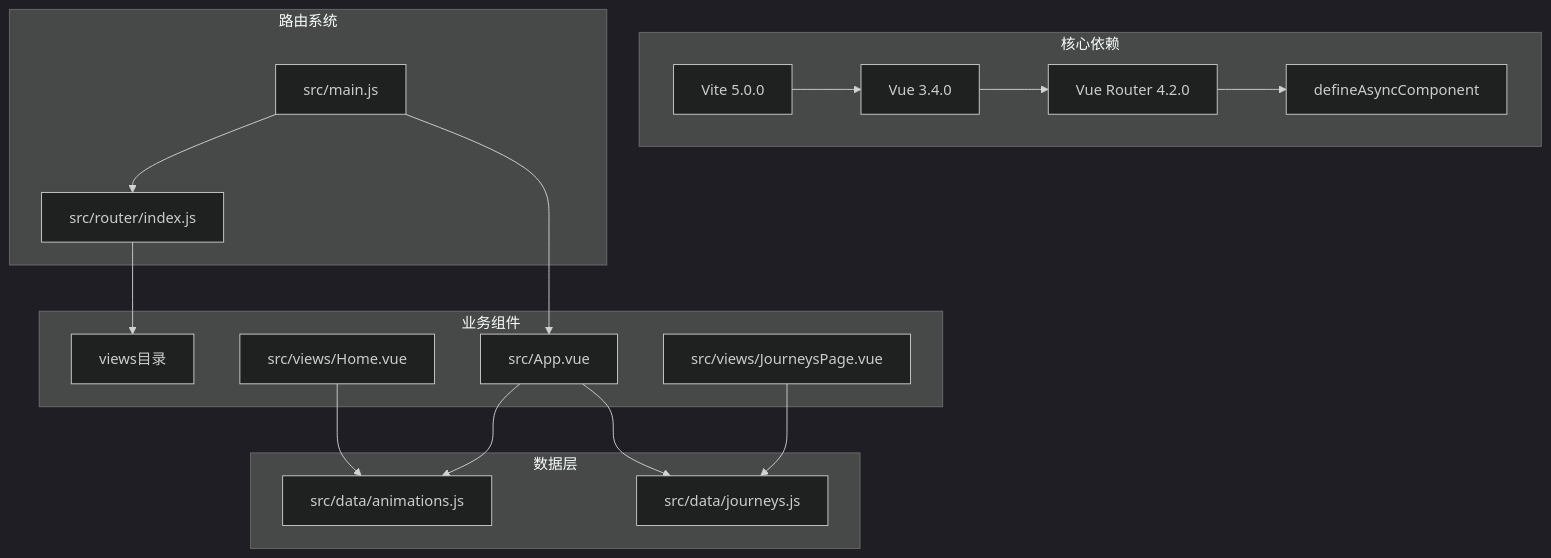
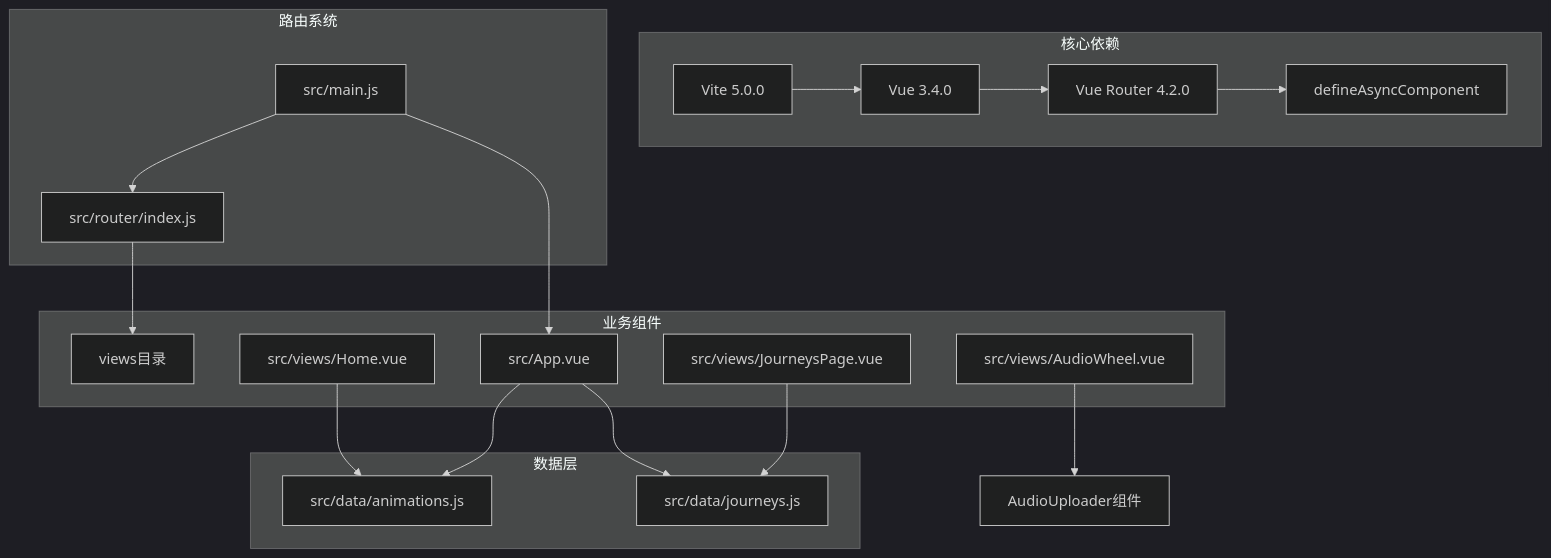
The tenth of 11 diagrams in .qoder/repowiki/zh/content/路由系统更新.md (yuyezhizhi/yuyezhizhi.github.io), drawn with Mermaid (dark theme) before and after one commit. The commit also changed other lines of this file and 6 other files, not shown here.

````diff
--- a/.qoder/repowiki/zh/content/路由系统更新.md
+++ b/.qoder/repowiki/zh/content/路由系统更新.md
@@ -362,33 +391,35 @@
 ```mermaid
 graph TB
 subgraph "核心依赖"
 Vue[Vue 3.4.0]
 VueRouter[Vue Router 4.2.0]
 Vite[Vite 5.0.0]
 DefineAsyncComponent[defineAsyncComponent]
 end
 subgraph "路由系统"
 RouterIndex[src/router/index.js]
 MainEntry[src/main.js]
 end
 subgraph "业务组件"
 AppVue[src/App.vue]
 HomeVue[src/views/Home.vue]
 Views[views目录]
 JourneysPageVue[src/views/JourneysPage.vue]
+AudioWheelVue[src/views/AudioWheel.vue]
 end
 subgraph "数据层"
 AnimationsJS[src/data/animations.js]
 JourneysJS[src/data/journeys.js]
 end
 Vue --> VueRouter
 VueRouter --> DefineAsyncComponent
 Vite --> Vue
 MainEntry --> RouterIndex
 MainEntry --> AppVue
 RouterIndex --> Views
 AppVue --> AnimationsJS
 AppVue --> JourneysJS
 HomeVue --> AnimationsJS
 JourneysPageVue --> JourneysJS
+AudioWheelVue --> AudioUploader[AudioUploader组件]
 ```
````
